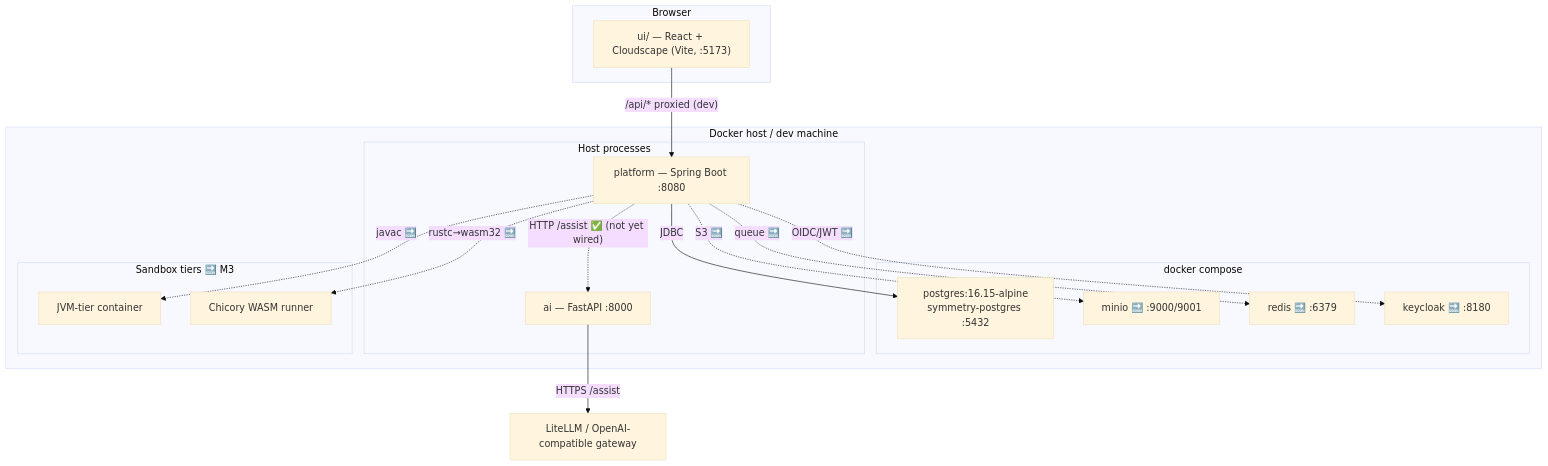
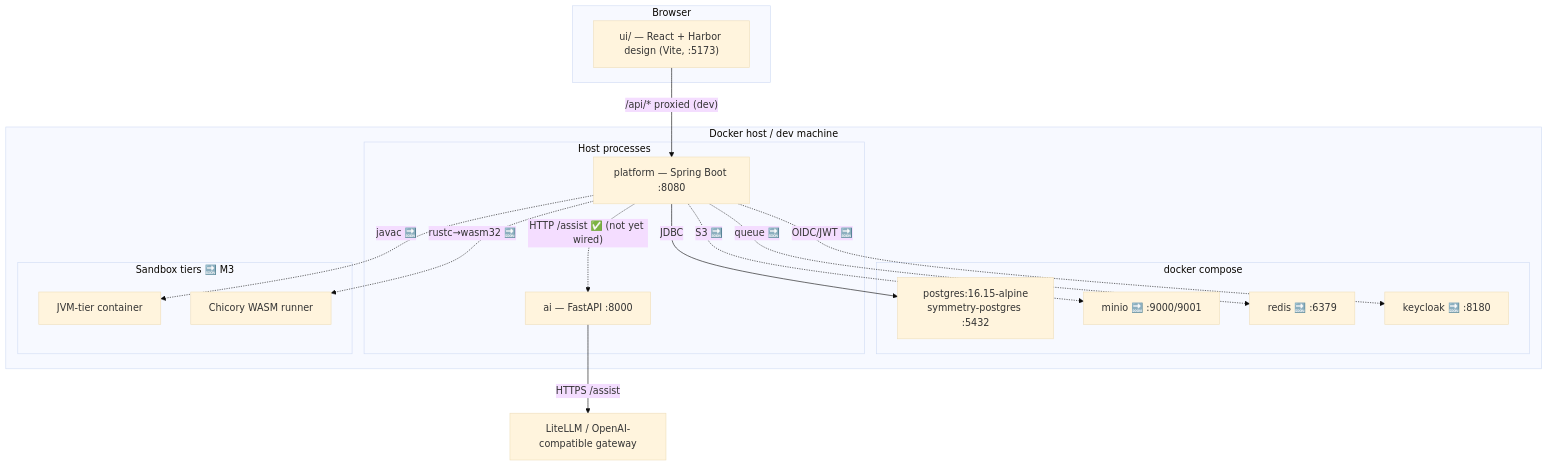
The second of 36 diagrams in docs/diagrams/uml_diagrams.md (arun246/symmetry), drawn with Mermaid (base theme) before and after one commit. The commit also changed other lines of this file and 81 other files, not shown here.

````diff
--- a/docs/diagrams/uml_diagrams.md
+++ b/docs/diagrams/uml_diagrams.md
@@ -88,34 +88,34 @@
 ```mermaid
 flowchart TB
     subgraph Browser[Browser]
-      UIAPP["ui/ — React + Cloudscape (Vite, :5173)"]
+      UIAPP["ui/ — React + Harbor design (Vite, :5173)"]
     end
 
     subgraph Host[Docker host / dev machine]
       subgraph Compose[docker compose]
         PGC["postgres:16.15-alpine\nsymmetry-postgres :5432"]
         MIN["minio 🔜 :9000/9001"]
         RDS["redis 🔜 :6379"]
         KCC["keycloak 🔜 :8180"]
       end
       subgraph Proc[Host processes]
         PLAT["platform — Spring Boot :8080"]
         AI["ai — FastAPI :8000"]
       end
       subgraph Sandbox[Sandbox tiers 🔜 M3]
         JVMT["JVM-tier container"]
         CHIC["Chicory WASM runner"]
       end
     end
 
     UIAPP -->|"/api/* proxied (dev)"| PLAT
     PLAT -->|JDBC| PGC
     PLAT -.->|"OIDC/JWT 🔜"| KCC
     PLAT -.->|"S3 🔜"| MIN
     PLAT -.->|"queue 🔜"| RDS
     AI -->|"HTTPS /assist"| GA
     PLAT -.->|"HTTP /assist ✅ (not yet wired)"| AI
     PLAT -.->|"javac 🔜"| JVMT
     PLAT -.->|"rustc→wasm32 🔜"| CHIC
     GA["LiteLLM / OpenAI-compatible gateway"]
 ```
````
